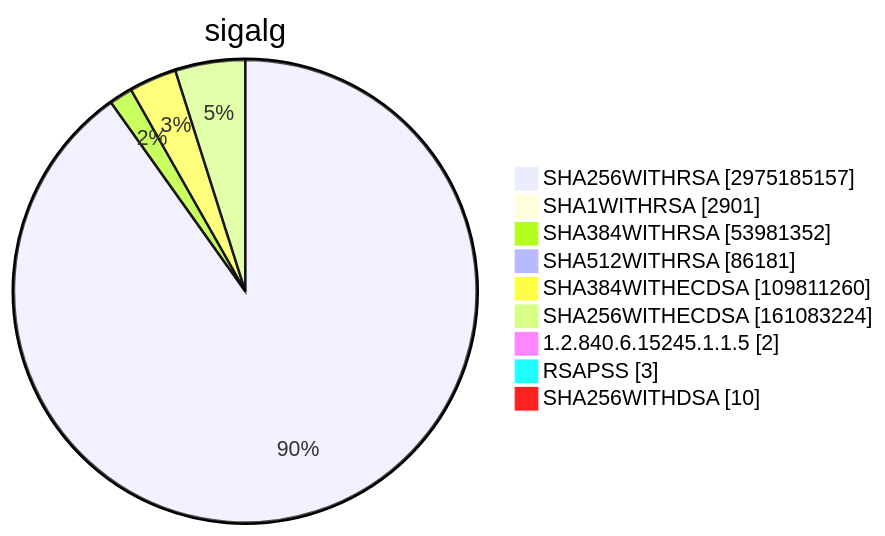
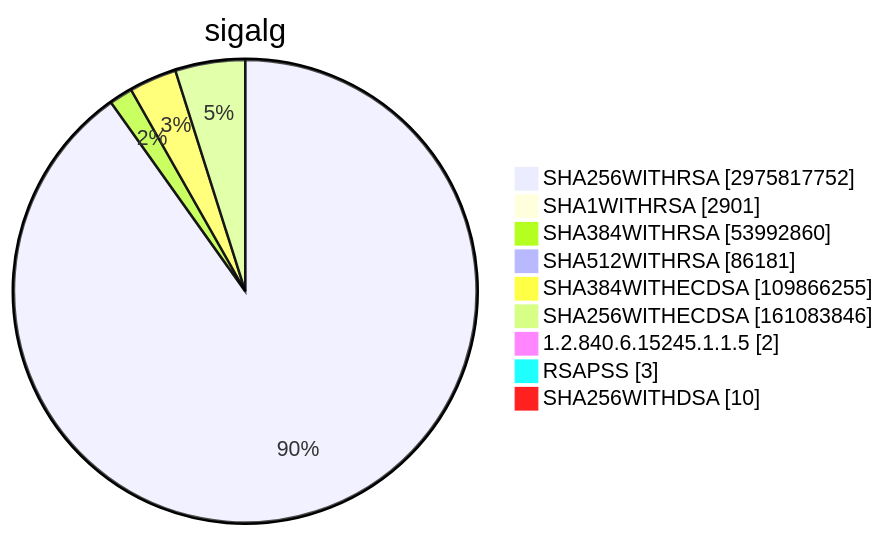
One commit to christiankrug/ctmonitor_visualization changed diagram 15 of 15 in TOTAL/README.md. Above: the diagram before and after it, drawn with Mermaid. The commit also changed other lines of this file, not shown here.

````diff
--- a/TOTAL/README.md
+++ b/TOTAL/README.md
@@ -6208,13 +6208,13 @@
 ```mermaid
 pie showData
 title sigalg
-"SHA256WITHRSA" :2975185157
+"SHA256WITHRSA" :2975817752
 "SHA1WITHRSA" :2901
-"SHA384WITHRSA" :53981352
+"SHA384WITHRSA" :53992860
 "SHA512WITHRSA" :86181
-"SHA384WITHECDSA" :109811260
-"SHA256WITHECDSA" :161083224
+"SHA384WITHECDSA" :109866255
+"SHA256WITHECDSA" :161083846
 "1.2.840.6.15245.1.1.5" :2
 "RSAPSS" :3
 "SHA256WITHDSA" :10
 ```
````
